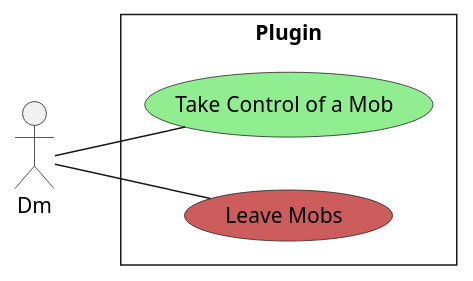
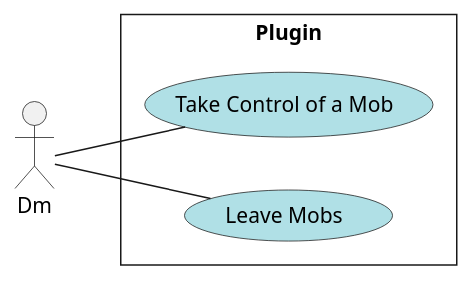
Before and after one commit to Jean-Lamarre/Johnytech6s_Plugin: the diagram in docs/Model/dcu-control-mobs.plantuml, drawn with PlantUML. The commit also changed 1 other file, not shown here.

Commit message:
ReadMe correclty link to 2 diagram

```diff
--- a/docs/Model/dcu-control-mobs.plantuml
+++ b/docs/Model/dcu-control-mobs.plantuml
@@ -1,13 +1,13 @@
 @startuml
 left to right direction
 skinparam style strictuml
 skinparam packageStyle rect
 skinparam defaultfontname Verdana
 actor Dm as dm
 rectangle "Plugin" {
-  (Take Control of a Mob) as JP #LightGreen
-  (Leave Mobs) as R #IndianRed
+  (Take Control of a Mob) as JP #PowderBlue
+  (Leave Mobs) as R #PowderBlue
   dm -- JP
   dm -- R
 }
 @enduml
```
